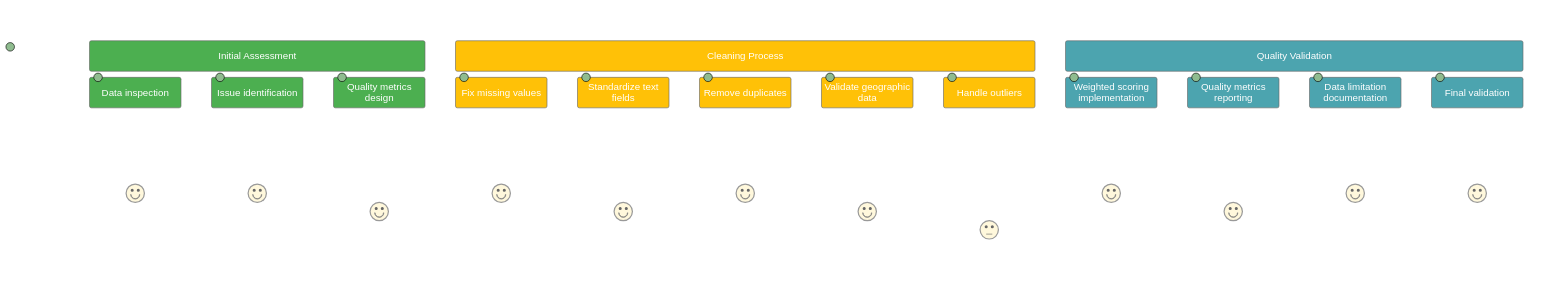
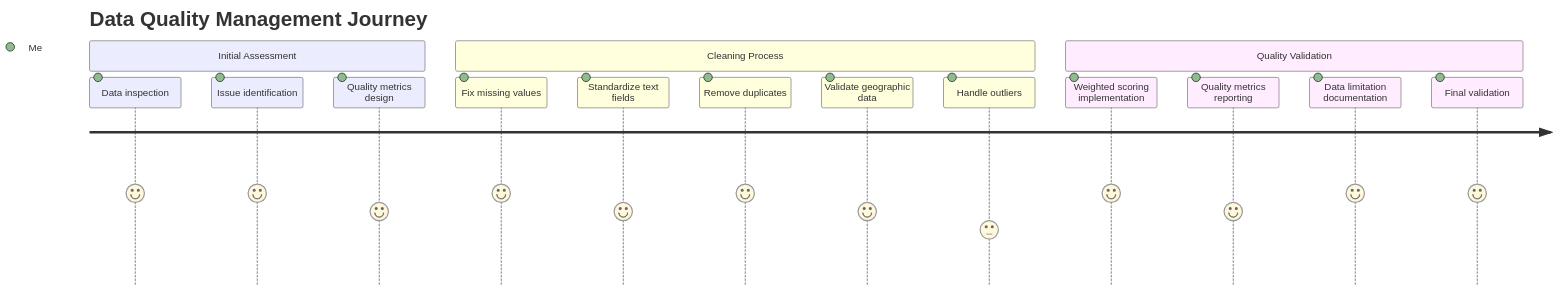
The sixth of 10 diagrams in us-household-income-analysis/README.md (tzolkowski96/tzolkowski96), drawn with Mermaid before and after one commit. The commit also changed other lines of this file, not shown here.

````diff
--- a/us-household-income-analysis/README.md
+++ b/us-household-income-analysis/README.md
@@ -814,21 +801,19 @@
 ```mermaid
-%%{init: {'theme': 'base', 'themeVariables': { 'primaryColor': '#4CAF50', 'primaryTextColor': '#fff', 'primaryBorderColor': '#2E7D32', 'lineColor': '#2E7D32', 'secondaryColor': '#FFC107', 'secondaryTextColor': '#000', 'secondaryBorderColor': '#FFA000', 'tertiaryColor': '#F44336', 'tertiaryTextColor': '#fff', 'tertiaryBorderColor': '#D32F2F', 'journeyFontSize': '16px' }}}%%
-
 journey
     title Data Quality Management Journey
     section Initial Assessment
         Data inspection: 5: Me
         Issue identification: 5: Me
         Quality metrics design: 4: Me
     section Cleaning Process 
         Fix missing values: 5: Me
         Standardize text fields: 4: Me
         Remove duplicates: 5: Me
         Validate geographic data: 4: Me
         Handle outliers: 3: Me
     section Quality Validation
         Weighted scoring implementation: 5: Me
         Quality metrics reporting: 4: Me
         Data limitation documentation: 5: Me
         Final validation: 5: Me
 ```
````
